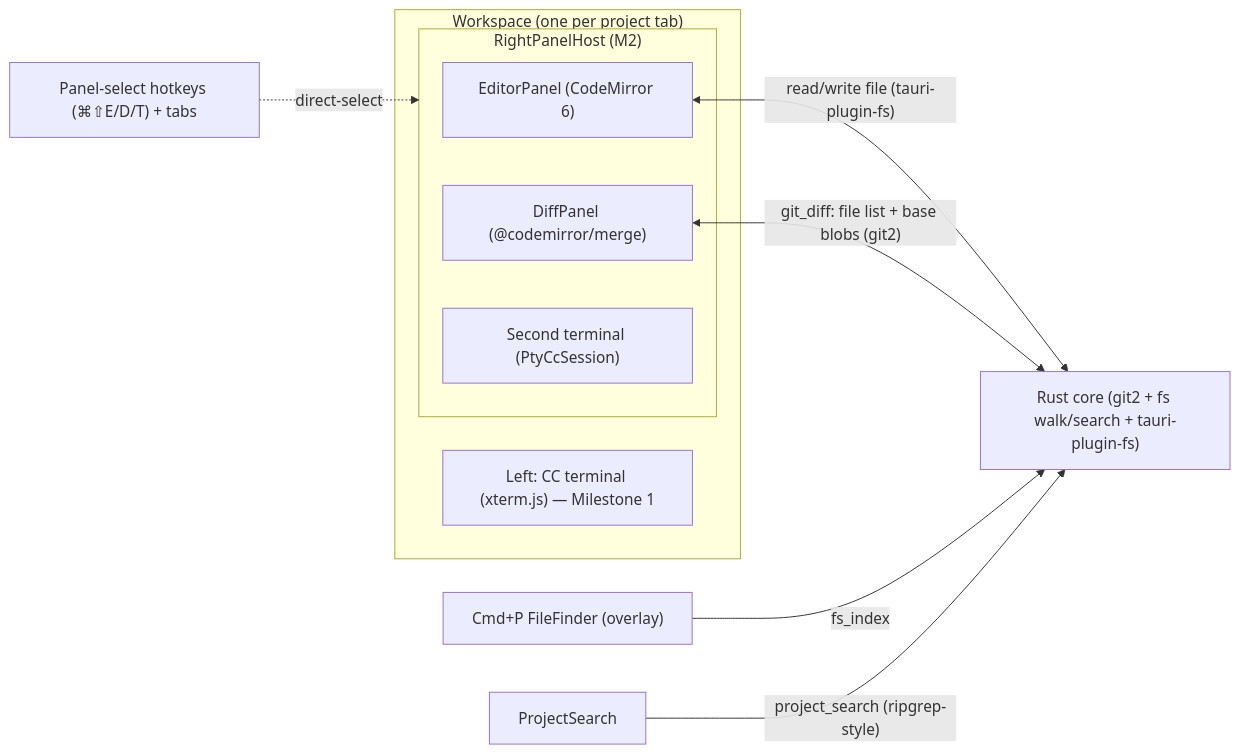
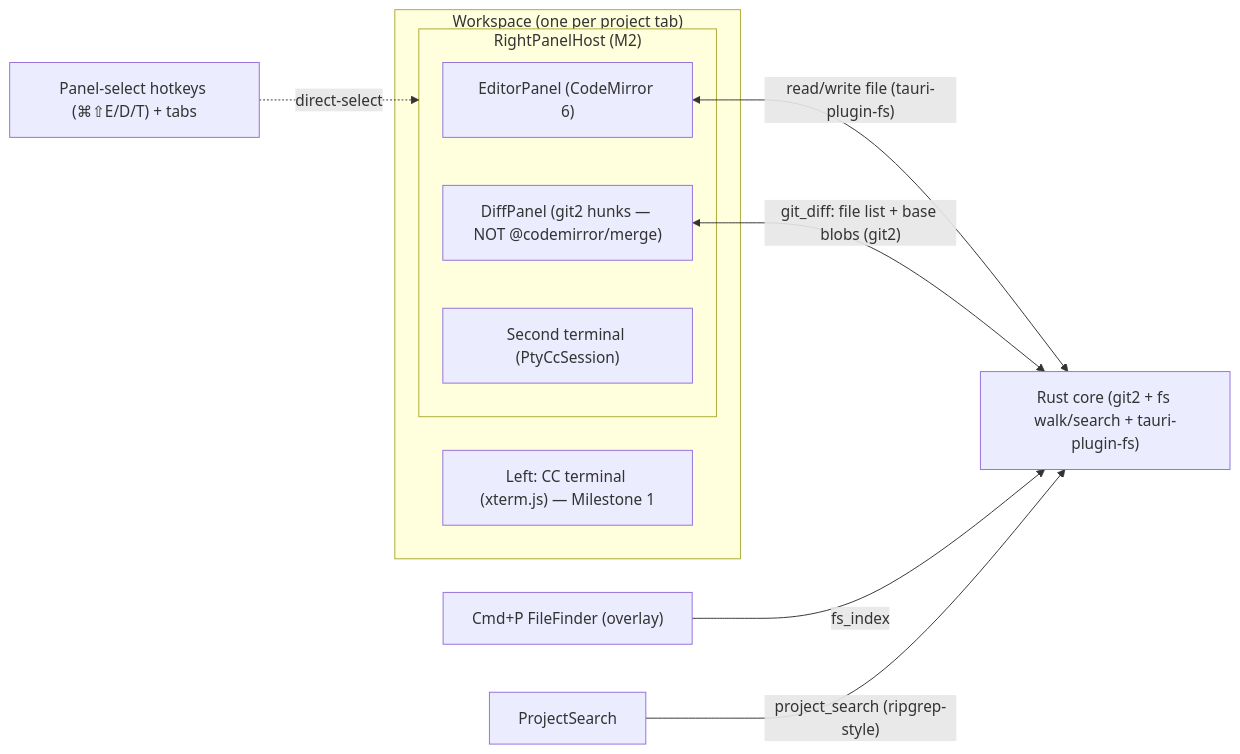
The third of 3 diagrams in workflow-system/product/arch.md (StaymanHou/Claudesk), drawn with Mermaid before and after one commit. The commit also changed other lines of this file and 3 other files, not shown here.

````diff
--- a/workflow-system/product/arch.md
+++ b/workflow-system/product/arch.md
@@ -362,17 +344,17 @@
 ```mermaid
 flowchart LR
   subgraph WS["Workspace (one per project tab)"]
     Left["Left: CC terminal (xterm.js) — Milestone 1"]
     subgraph RPH["RightPanelHost (M2)"]
       Editor["EditorPanel (CodeMirror 6)"]
-      Diff["DiffPanel (@codemirror/merge)"]
+      Diff["DiffPanel (git2 hunks — NOT @codemirror/merge)"]
       Term2["Second terminal (PtyCcSession)"]
     end
   end
   Editor <-- "read/write file (tauri-plugin-fs)" --> Backend
   Diff <-- "git_diff: file list + base blobs (git2)" --> Backend
   FileFinder["Cmd+P FileFinder (overlay)"] -- "fs_index" --> Backend
   ProjectSearch -- "project_search (ripgrep-style)" --> Backend
   PanelSwitch["Panel-select hotkeys (⌘⇧E/D/T) + tabs"] -. direct-select .-> RPH
   Backend["Rust core (git2 + fs walk/search + tauri-plugin-fs)"]
 ```
````
